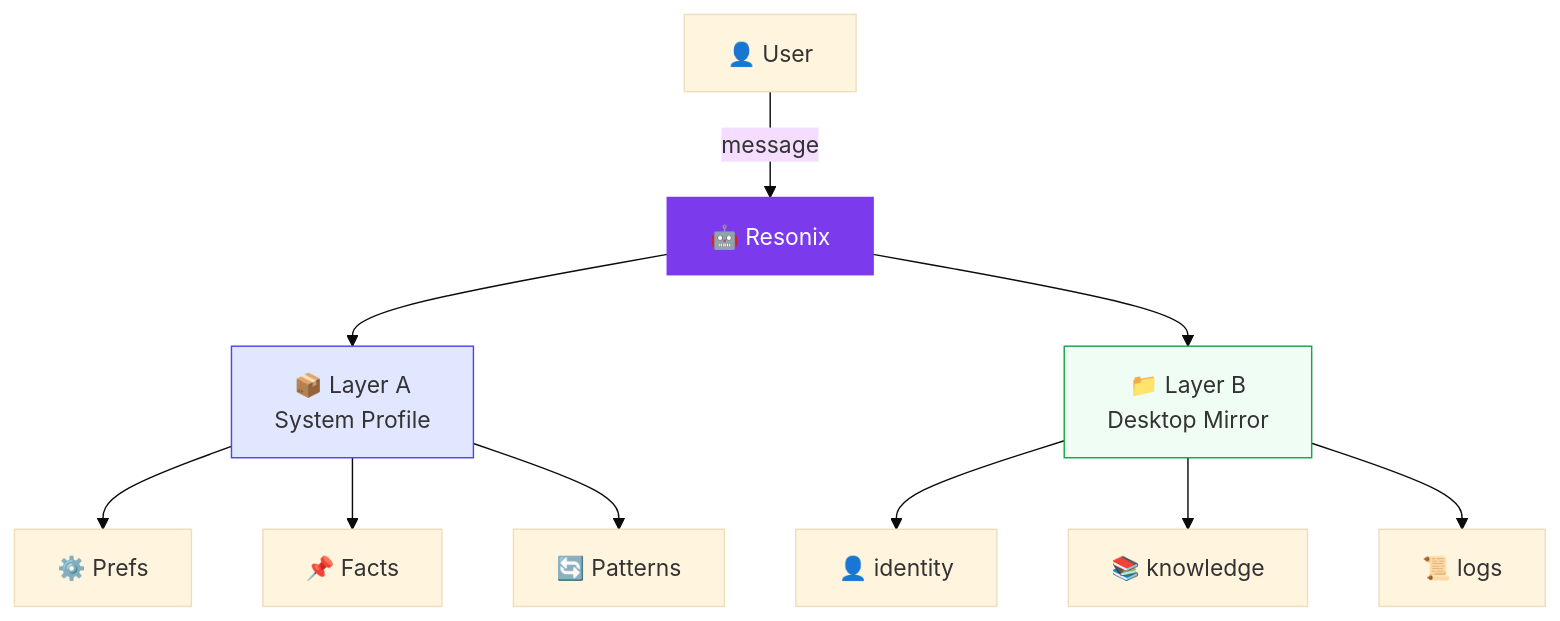
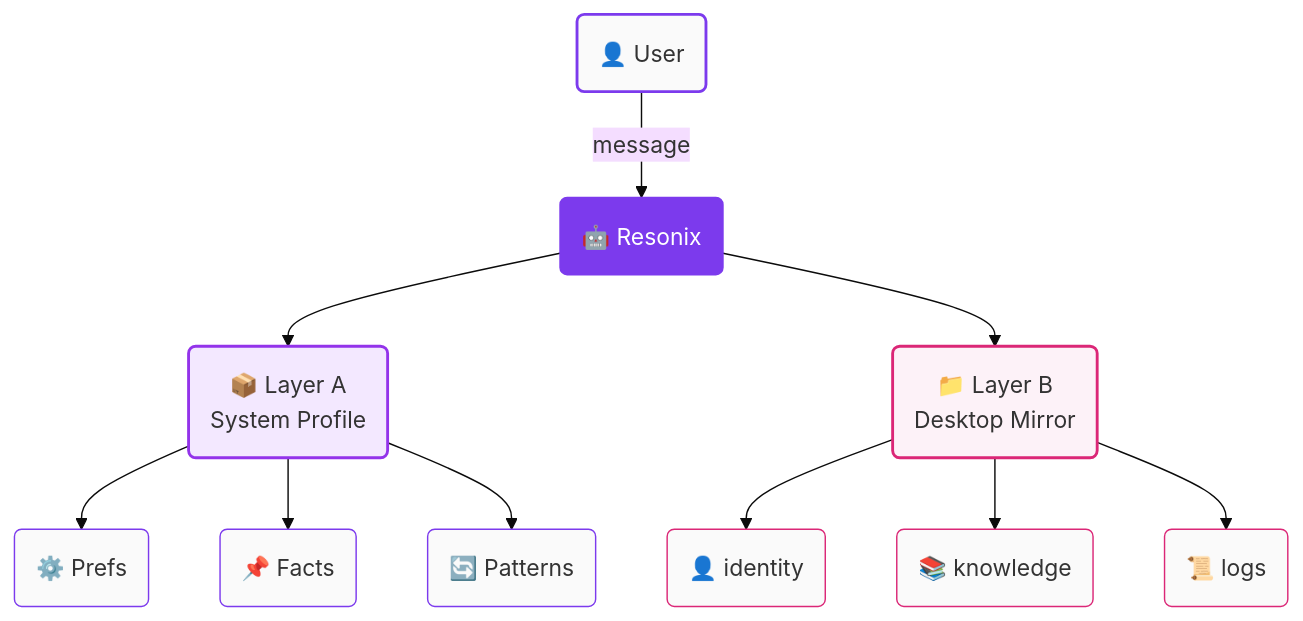
The first of 5 diagrams in README.md (mangiapanejohn-dev/Resonix-AG), drawn with Mermaid (base theme) before and after one commit. The commit also changed other lines of this file, not shown here.

First line of the commit message:
docs: optimize diagram colors - purple pink white theme

````diff
--- a/README.md
+++ b/README.md
@@ -51,16 +51,23 @@
 ```mermaid
 flowchart TB
-    USER["👤 User"] -->|"message"| BOT["🤖 Resonix"]
-    BOT --> LAYERA["📦 Layer A<br/>System Profile"]
-    BOT --> LAYERB["📁 Layer B<br/>Desktop Mirror"]
-    LAYERA --> PREF["⚙️ Prefs"]
-    LAYERA --> FACTS["📌 Facts"]
-    LAYERA --> PAT["🔄 Patterns"]
-    LAYERB --> ID["👤 identity"]
-    LAYERB --> KNOW["📚 knowledge"]
-    LAYERB --> LOGS["📜 logs"]
+    USER("👤 User") -->|"message"| BOT("🤖 Resonix")
+    BOT --> LAYERA("📦 Layer A<br/>System Profile")
+    BOT --> LAYERB("📁 Layer B<br/>Desktop Mirror")
+    LAYERA --> PREF("⚙️ Prefs")
+    LAYERA --> FACTS("📌 Facts")
+    LAYERA --> PAT("🔄 Patterns")
+    LAYERB --> ID("👤 identity")
+    LAYERB --> KNOW("📚 knowledge")
+    LAYERB --> LOGS("📜 logs")
 
+    style USER fill:#fafafa,stroke:#7c3aed,stroke-width:2
     style BOT fill:#7c3aed,stroke:#7c3aed,color:#fff
-    style LAYERA fill:#e0e7ff,stroke:#4f46e5
-    style LAYERB fill:#f0fdf4,stroke:#16a34a
+    style LAYERA fill:#f3e8ff,stroke:#9333ea,stroke-width:2
+    style LAYERB fill:#fdf2f8,stroke:#db2777,stroke-width:2
+    style PREF fill:#fafafa,stroke:#7c3aed
+    style FACTS fill:#fafafa,stroke:#7c3aed
+    style PAT fill:#fafafa,stroke:#7c3aed
+    style ID fill:#fafafa,stroke:#db2777
+    style KNOW fill:#fafafa,stroke:#db2777
+    style LOGS fill:#fafafa,stroke:#db2777
 ```
````
